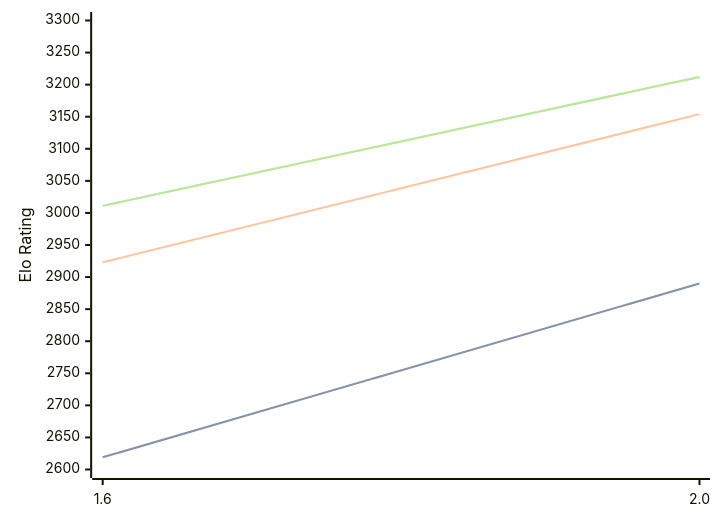
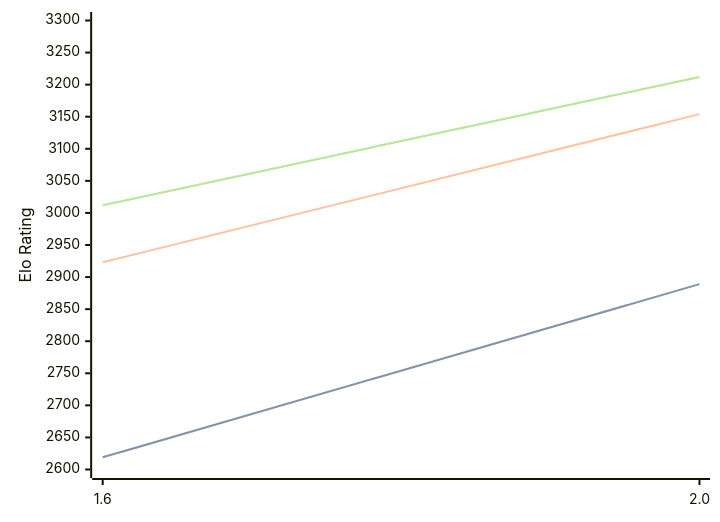
Before and after one commit to computer-chess-index/cci: the diagram in engines/Onyx.md, drawn with Mermaid. The commit also changed other lines of this file, not shown here.

Commit message:
Update CCI Ratings (ELO VLTC) - 2026-08-10

````diff
--- a/engines/Onyx.md
+++ b/engines/Onyx.md
@@ -32,11 +32,11 @@
 ```mermaid
 %%{init: {"theme":"base","themeVariables":{"seriesColors:['#a3a3a3','#222221','#faa371']}}}%%
 xychart-beta
   x-axis ["1.6", "2.0"]
   y-axis "Elo Rating" 2600 --> 3300
-  line "STC (8.0+0.08s)" [2619, 2890]
-  line "STC (8.0+0.08s)" [2619, 2890]
+  line "STC (8.0+0.08s)" [2619, 2889]
+  line "STC (8.0+0.08s)" [2619, 2889]
   line "LTC (60.0+0.60s)" [2923, 3154]
-  line "VLTC (2m24s+1.12s)" [3011, 3212]
-  line "VLTC (2m24s+1.12s)" [3011, 3212]
+  line "VLTC (2m24s+1.12s)" [3012, 3212]
+  line "VLTC (2m24s+1.12s)" [3012, 3212]
 ```
````
